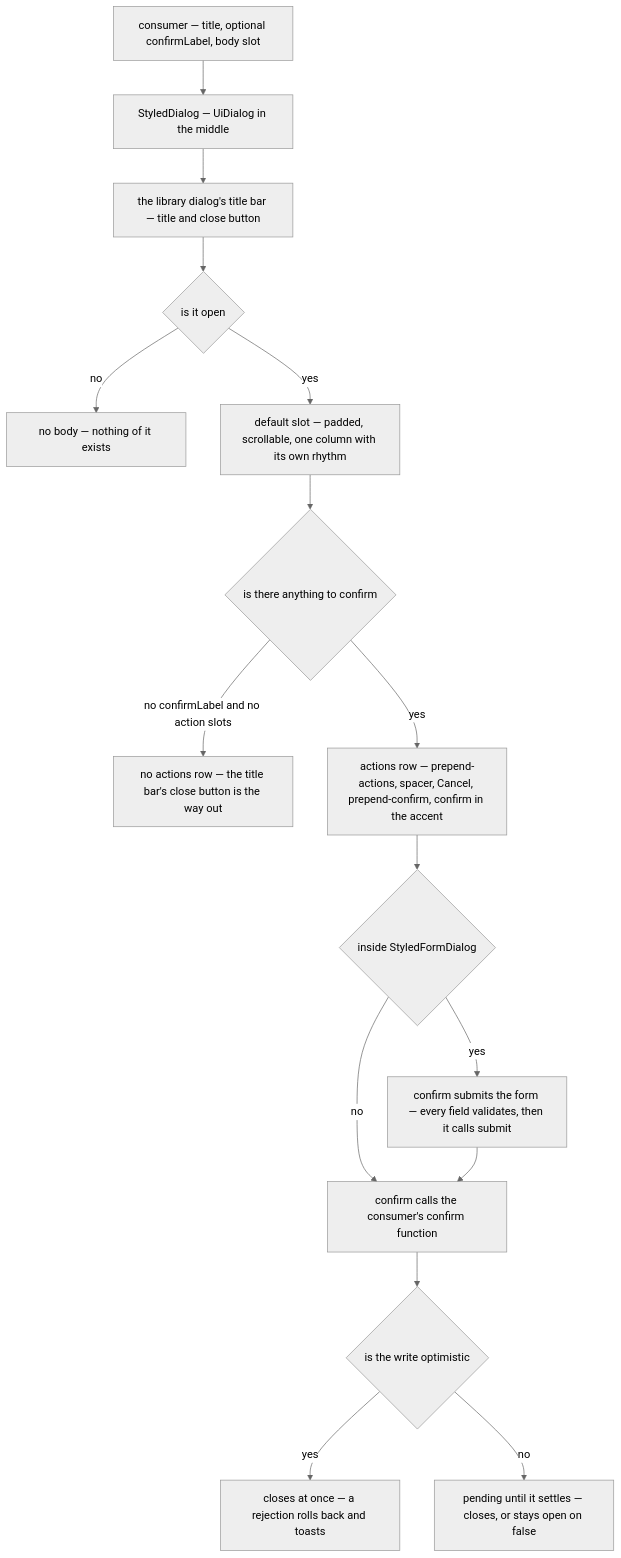
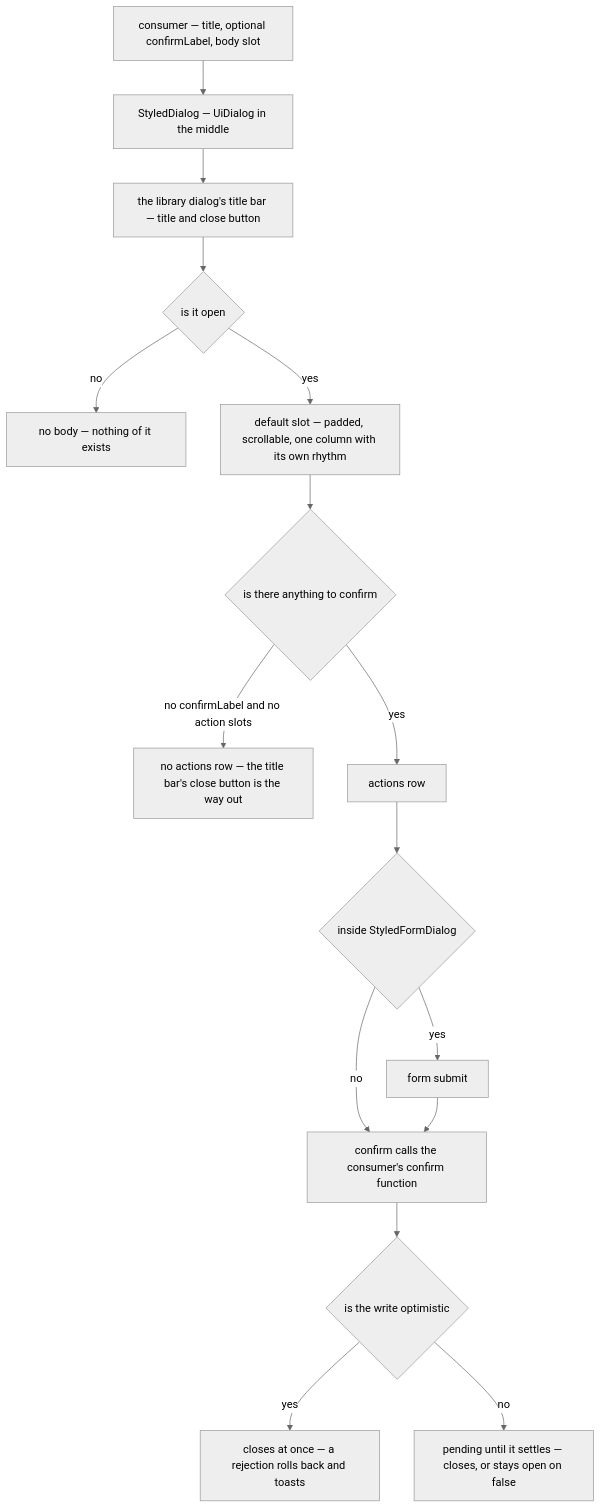
One commit to Esposter/Esposter changed the diagram in openspec/specs/architecture/dialog-shell/design.md. Above: the diagram before and after it, drawn with Mermaid (neutral theme). The commit also changed 3 other files, not shown here.

First line of the commit message:
docs(architecture): sweep the sitting from dialog-shell to design-sources

````diff
--- a/openspec/specs/architecture/dialog-shell/design.md
+++ b/openspec/specs/architecture/dialog-shell/design.md
@@ -11,18 +11,18 @@
 ```mermaid
 flowchart TD
   CONSUMER["consumer — title, optional confirmLabel, body slot"] --> SHELL["StyledDialog — UiDialog in the middle"]
   SHELL --> HEADER["the library dialog's title bar — title and close button"]
   HEADER --> OPEN{"is it open"}
   OPEN -->|"no"| NOTHING["no body — nothing of it exists"]
   OPEN -->|"yes"| BODY["default slot — padded, scrollable, one column with its own rhythm"]
   BODY --> HASACTIONS{"is there anything to confirm"}
   HASACTIONS -->|"no confirmLabel and no action slots"| CLOSE["no actions row — the title bar's close button is the way out"]
-  HASACTIONS -->|"yes"| ACTIONS["actions row — prepend-actions, spacer, Cancel, prepend-confirm, confirm in the accent"]
+  HASACTIONS -->|"yes"| ACTIONS["actions row"]
   ACTIONS --> FORM{"inside StyledFormDialog"}
   FORM -->|"no"| ANSWER["confirm calls the consumer's confirm function"]
-  FORM -->|"yes"| SUBMIT["confirm submits the form — every field validates, then it calls submit"]
+  FORM -->|"yes"| SUBMIT["form submit"]
   SUBMIT --> ANSWER
   ANSWER --> MODE{"is the write optimistic"}
   MODE -->|"yes"| GONE["closes at once — a rejection rolls back and toasts"]
   MODE -->|"no"| PENDING["pending until it settles — closes, or stays open on false"]
 ```
````
